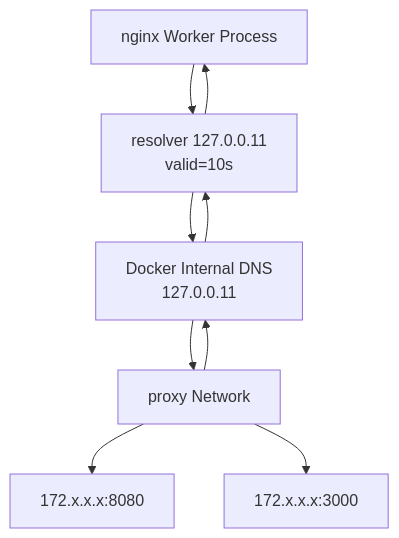
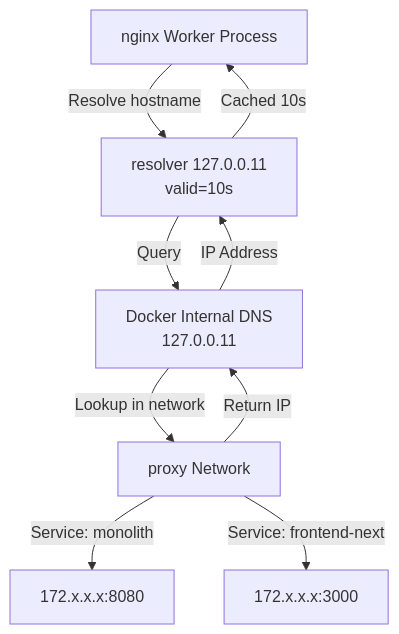
Before and after one commit to philipz/spring-modular-monolith: the fourth of 5 diagrams in docs/deepwiki/Nginx-Reverse-Proxy.md, drawn with Mermaid. The commit also changed other lines of this file and 55 other files, not shown here.

````diff
--- a/docs/deepwiki/Nginx-Reverse-Proxy.md
+++ b/docs/deepwiki/Nginx-Reverse-Proxy.md
@@ -378,19 +378,19 @@
 ```mermaid
 flowchart TD
 
 NginxWorker["nginx Worker Process"]
 DNSResolver["resolver 127.0.0.11<br>valid=10s"]
 DockerDNS["Docker Internal DNS<br>127.0.0.11"]
 ProxyNetwork["proxy Network"]
 MonolithIP["172.x.x.x:8080"]
 FrontendIP["172.x.x.x:3000"]
 
-NginxWorker --> DNSResolver
-DNSResolver --> DockerDNS
-DockerDNS --> ProxyNetwork
-ProxyNetwork --> DockerDNS
-DockerDNS --> DNSResolver
-DNSResolver --> NginxWorker
-ProxyNetwork --> MonolithIP
-ProxyNetwork --> FrontendIP
+NginxWorker -->|"Resolve hostname"| DNSResolver
+DNSResolver -->|"Query"| DockerDNS
+DockerDNS -->|"Lookup in network"| ProxyNetwork
+ProxyNetwork -->|"Return IP"| DockerDNS
+DockerDNS -->|"IP Address"| DNSResolver
+DNSResolver -->|"Cached 10s"| NginxWorker
+ProxyNetwork -->|"Service: monolith"| MonolithIP
+ProxyNetwork -->|"Service: frontend-next"| FrontendIP
 ```
````
